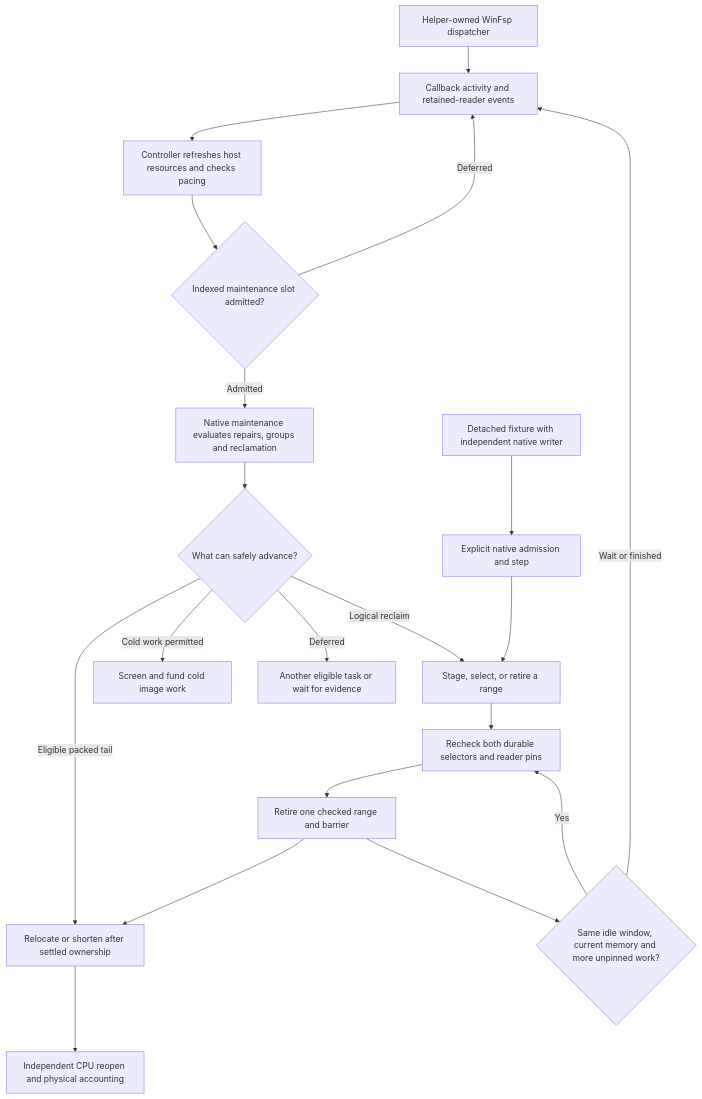
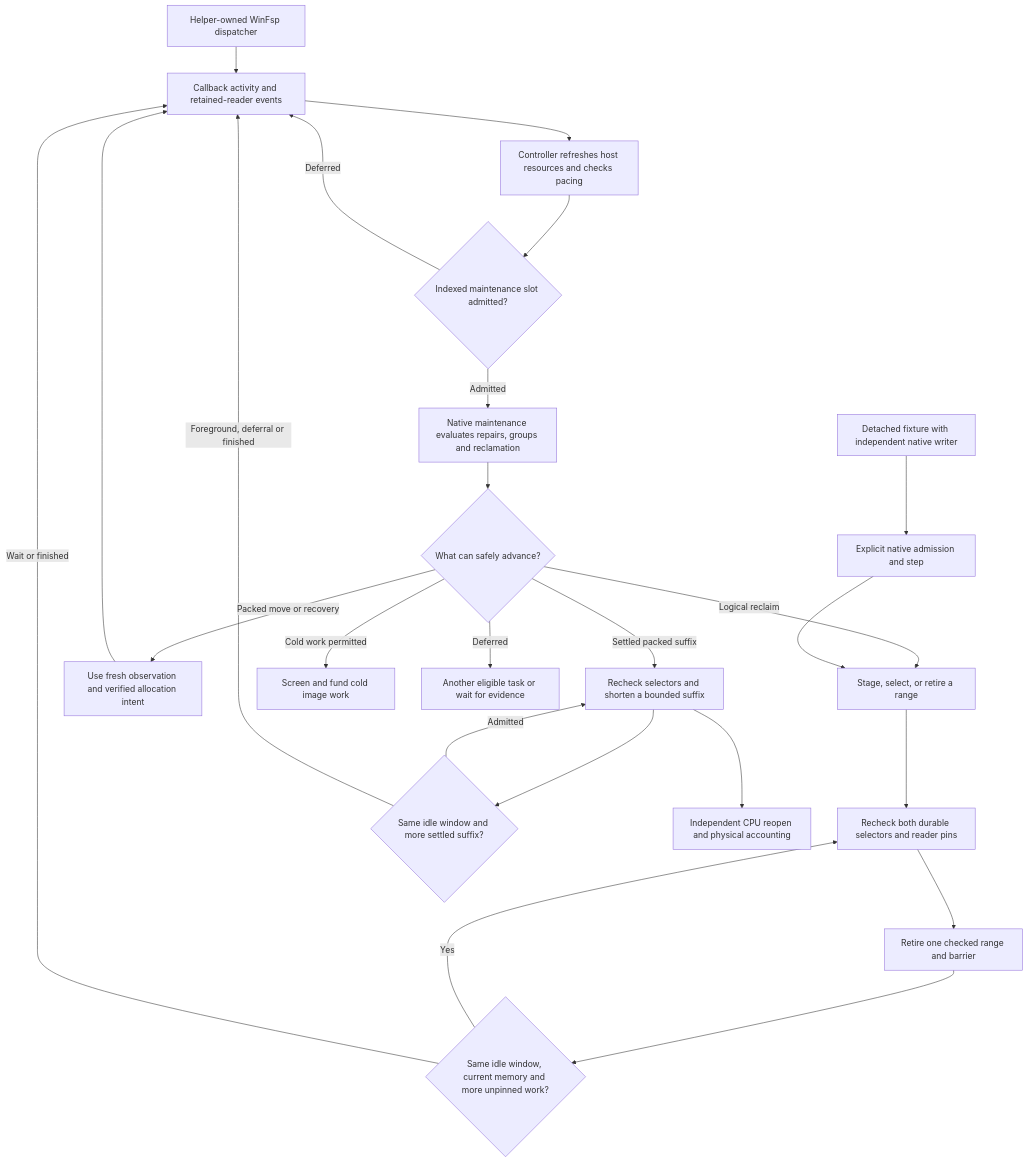
Before and after one commit to strmt7/FlitzFS: diagram 12 of 15 in docs/architecture/CURRENT.md, drawn with Mermaid. The commit also changed other lines of this file and 20 other files, not shown here.

First line of the commit message:
Continue confirmed packed truncation within an idle window

````diff
--- a/docs/architecture/CURRENT.md
+++ b/docs/architecture/CURRENT.md
@@ -412,22 +412,26 @@
 ```mermaid
 flowchart TD
     App["Helper-owned WinFsp dispatcher"] --> Event["Callback activity and retained-reader events"]
     Event --> Scheduler["Controller refreshes host resources and checks pacing"]
     Scheduler --> Slot{"Indexed maintenance slot admitted?"}
     Slot -->|Deferred| Event
     Slot -->|Admitted| Native["Native maintenance evaluates repairs, groups and reclamation"]
     Native --> Phase{"What can safely advance?"}
     Phase -->|Logical reclaim| Advance["Stage, select, or retire a range"]
-    Phase -->|Eligible packed tail| Release["Relocate or shorten after settled ownership"]
+    Phase -->|Packed move or recovery| Move["Use fresh observation and verified allocation intent"]
+    Phase -->|Settled packed suffix| Tail["Recheck selectors and shorten a bounded suffix"]
     Phase -->|Cold work permitted| Screen["Screen and fund cold image work"]
     Phase -->|Deferred| Idle["Another eligible task or wait for evidence"]
     Advance --> Ownership["Recheck both durable selectors and reader pins"]
     Ownership --> Chunk["Retire one checked range and barrier"]
     Chunk --> More{"Same idle window, current memory and more unpinned work?"}
     More -->|Yes| Ownership
     More -->|Wait or finished| Event
     Detach["Detached fixture with independent native writer"] --> Direct["Explicit native admission and step"]
     Direct --> Advance
-    Chunk --> Release
-    Release --> Verify["Independent CPU reopen and physical accounting"]
+    Move --> Event
+    Tail --> Follow{"Same idle window and more settled suffix?"}
+    Follow -->|Admitted| Tail
+    Follow -->|Foreground, deferral or finished| Event
+    Tail --> Verify["Independent CPU reopen and physical accounting"]
 ```
````
